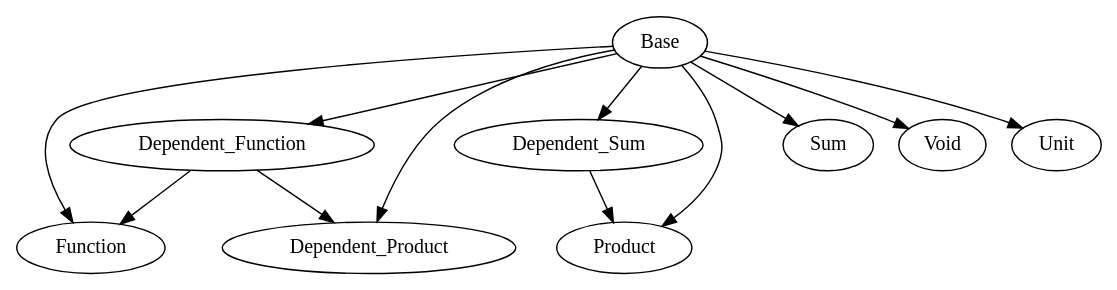
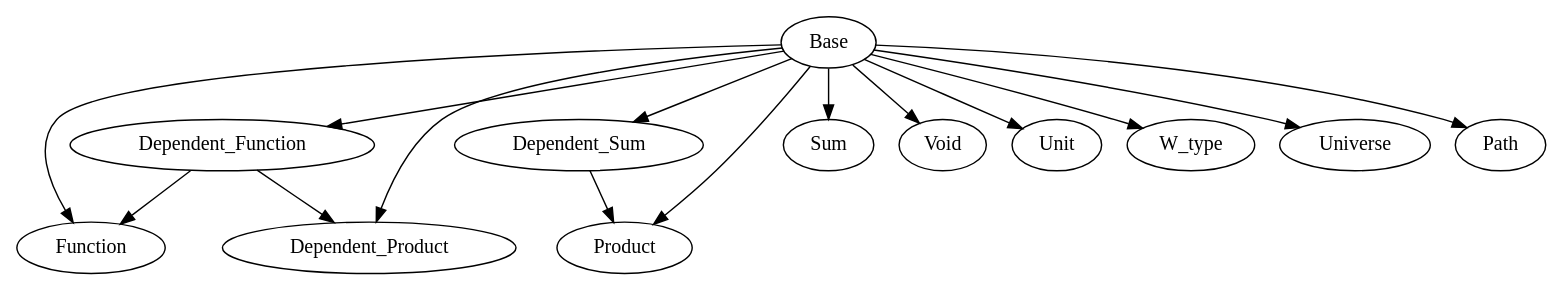
One commit to Hexirp/googology-in-coq changed the diagram in libraries/dependencies.dot. Above: the diagram before and after it, drawn with Graphviz.

Commit message:
Update: dependencies.dot を

```diff
--- a/libraries/dependencies.dot
+++ b/libraries/dependencies.dot
@@ -1,22 +1,28 @@
 digraph Dependencies {
   # Base
   # Dependent_Function
   "Base" -> "Dependent_Function";
   # Function
   "Base" -> "Function";
   "Dependent_Function" -> "Function";
   # Dependent_Product
   "Base" -> "Dependent_Product";
   "Dependent_Function" -> "Dependent_Product";
   # Dependent_Sum
   "Base" -> "Dependent_Sum";
   # Product
   "Base" -> "Product";
   "Dependent_Sum" -> "Product";
   # Sum
   "Base" -> "Sum";
   # Void
   "Base" -> "Void";
   # Unit
   "Base" -> "Unit";
+  # W_type
+  "Base" -> "W_type";
+  # Universe
+  "Base" -> "Universe";
+  # Path
+  "Base" -> "Path";
 }
```
